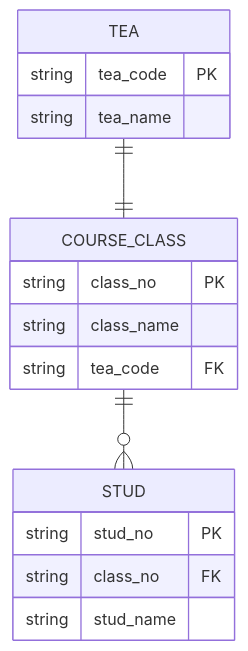
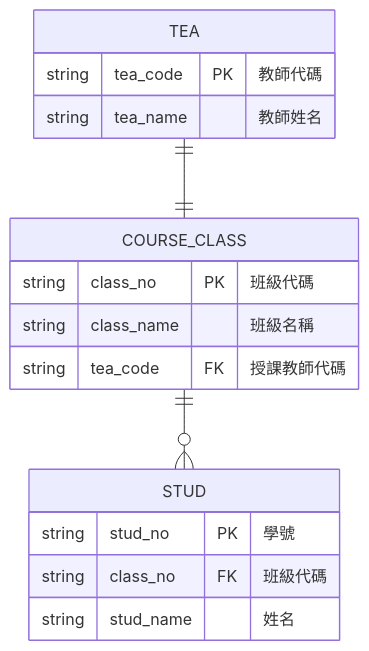
Before and after one commit to airmanxtw/StustTraining: the diagram in docs/ER-MODEL.md, drawn with Mermaid.

Commit message:
feat: 更新 ER 模型，為 COURSE_CLASS、STUD 和 TEA 表的欄位添加中文註解

````diff
--- a/docs/ER-MODEL.md
+++ b/docs/ER-MODEL.md
@@ -1,19 +1,19 @@
 ```mermaid
 erDiagram
     COURSE_CLASS ||--o{ STUD : ""
     TEA ||--|| COURSE_CLASS : ""
     COURSE_CLASS {
-        string class_no PK
-        string class_name
-        string tea_code FK
+        string class_no PK "班級代碼"
+        string class_name "班級名稱"
+        string tea_code FK "授課教師代碼"
     }
     STUD {
-        string stud_no PK
-        string class_no FK
-        string stud_name
+        string stud_no PK "學號"
+        string class_no FK "班級代碼"
+        string stud_name "姓名"
     }
     TEA {
-        string tea_code PK
-        string tea_name
+        string tea_code PK "教師代碼"
+        string tea_name "教師姓名"
     }
 ```
````
